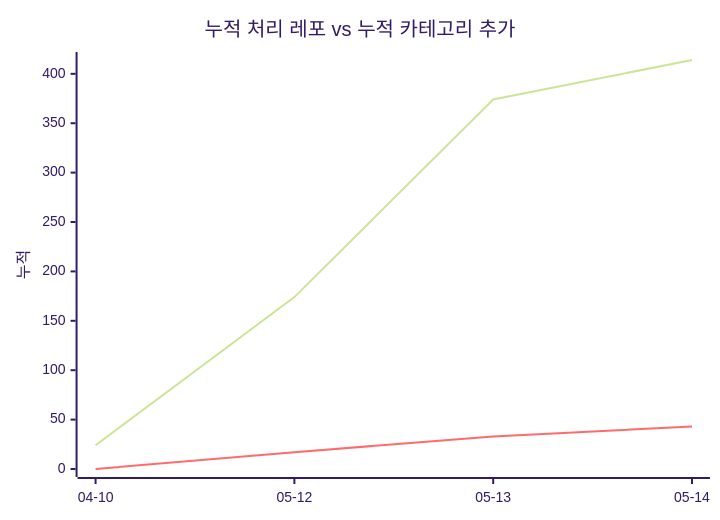
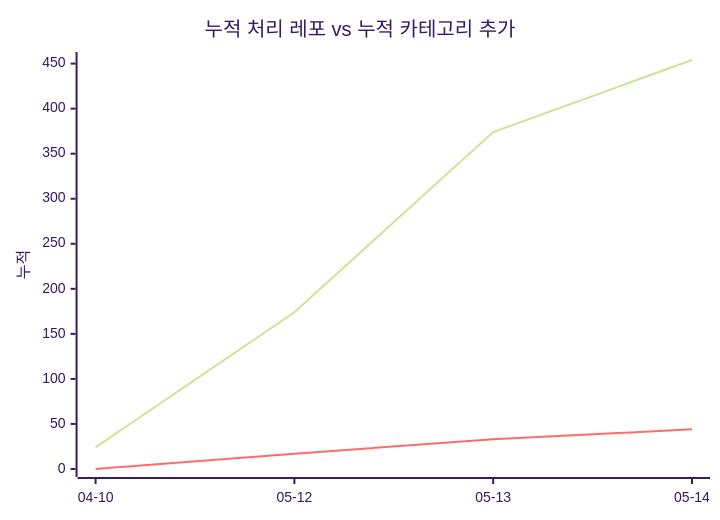
One commit to J-nowcow/awesome-korean-agent-skills changed the second of 2 diagrams in docs/trends.md. Above: the diagram before and after it, drawn with Mermaid (forest theme). The commit also changed other lines of this file and 3 other files, not shown here.

````diff
--- a/docs/trends.md
+++ b/docs/trends.md
@@ -58,8 +58,8 @@
 ```mermaid
 xychart-beta
     title "누적 처리 레포 vs 누적 카테고리 추가"
     x-axis ["04-10","05-12","05-13","05-14"]
     y-axis "누적"
-    line [24,174,374,414]
-    line [0,17,33,43]
+    line [24,174,374,454]
+    line [0,17,33,44]
 ```
````
